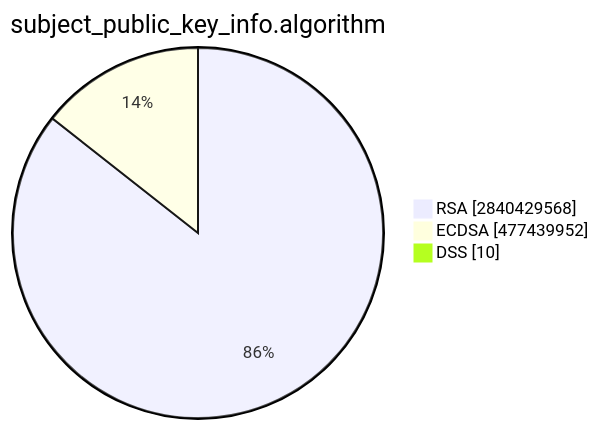
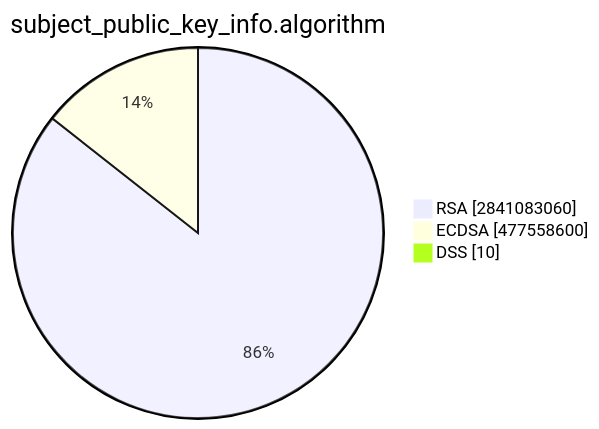
One commit to christiankrug/ctmonitor_visualization changed the second of 15 diagrams in TOTAL/README.md. Above: the diagram before and after it, drawn with Mermaid. The commit also changed other lines of this file, not shown here.

````diff
--- a/TOTAL/README.md
+++ b/TOTAL/README.md
@@ -6,7 +6,7 @@
 ```mermaid
 pie showData
 title subject_public_key_info.algorithm
-"RSA" :2840429568
-"ECDSA" :477439952
+"RSA" :2841083060
+"ECDSA" :477558600
 "DSS" :10
 ```
````
